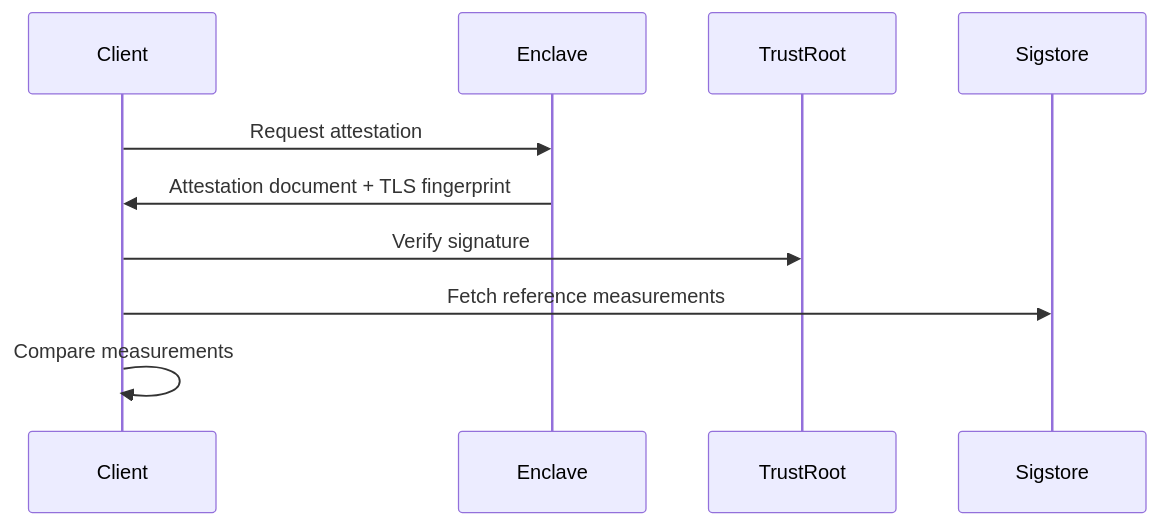
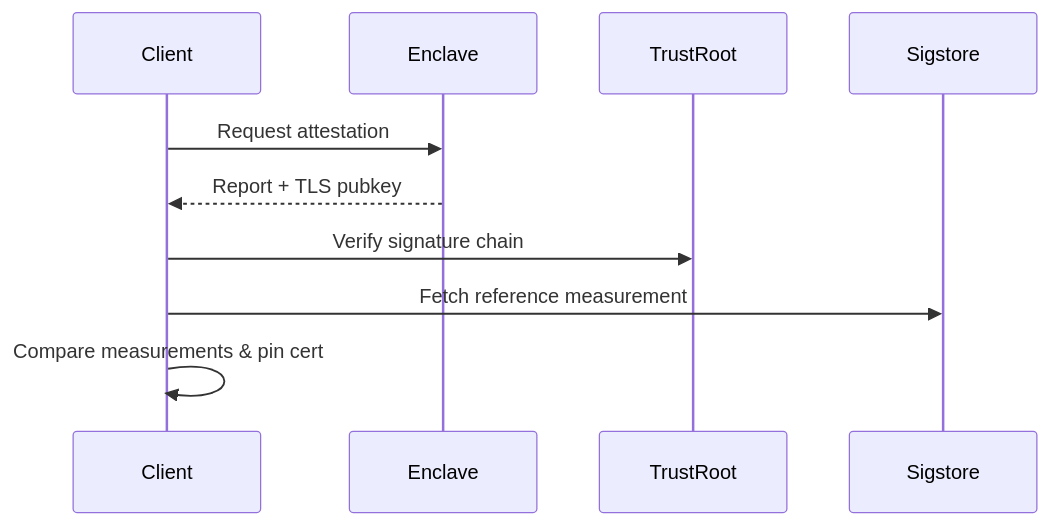
Before and after one commit to tinfoilsh/verifier: the diagram in README.md, drawn with Mermaid. The commit also changed other lines of this file, not shown here.

````diff
--- a/README.md
+++ b/README.md
@@ -83,13 +77,13 @@
 ```mermaid
 sequenceDiagram
     participant Client
     participant Enclave
     participant TrustRoot
     participant Sigstore
 
     Client->>Enclave: Request attestation
-    Enclave->>Client: Attestation document + TLS fingerprint
-    Client->>TrustRoot: Verify signature
-    Client->>Sigstore: Fetch reference measurements
-    Client->>Client: Compare measurements
+    Enclave-->>Client: Report + TLS pubkey
+    Client->>TrustRoot: Verify signature chain
+    Client->>Sigstore: Fetch reference measurement
+    Client->>Client: Compare measurements & pin cert
 ```
````
